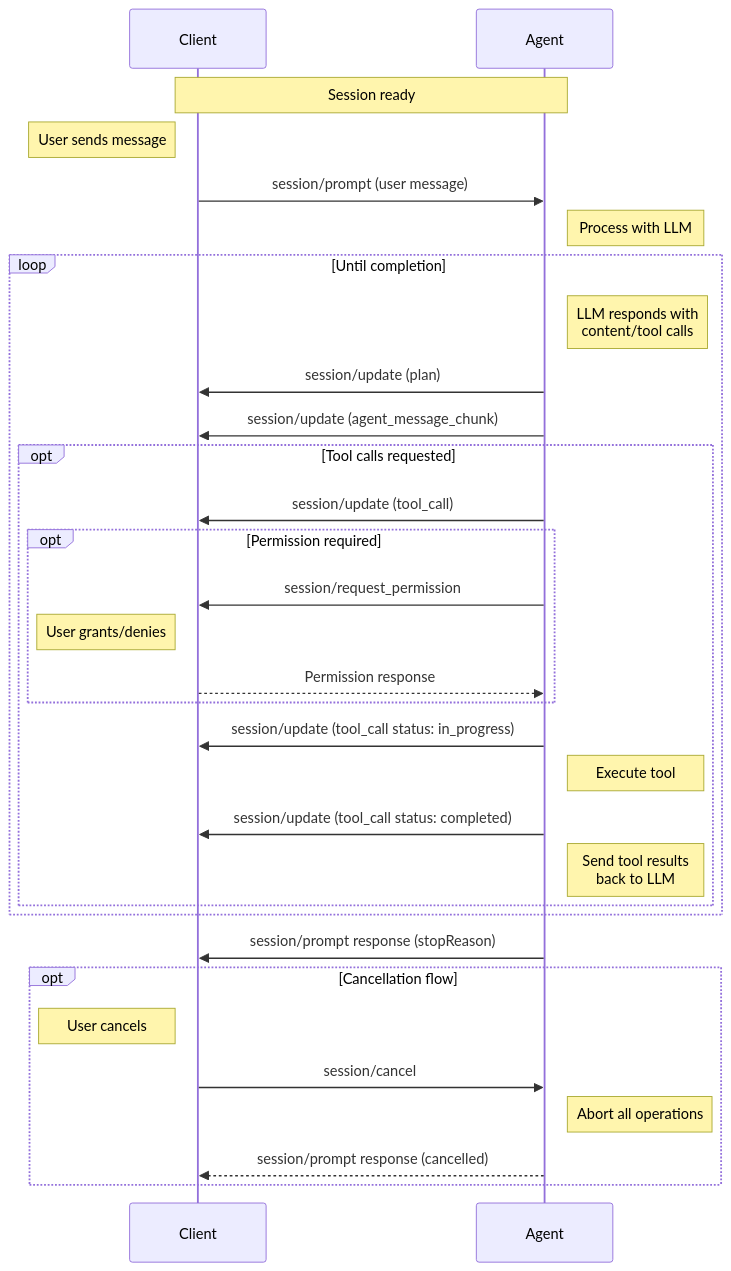
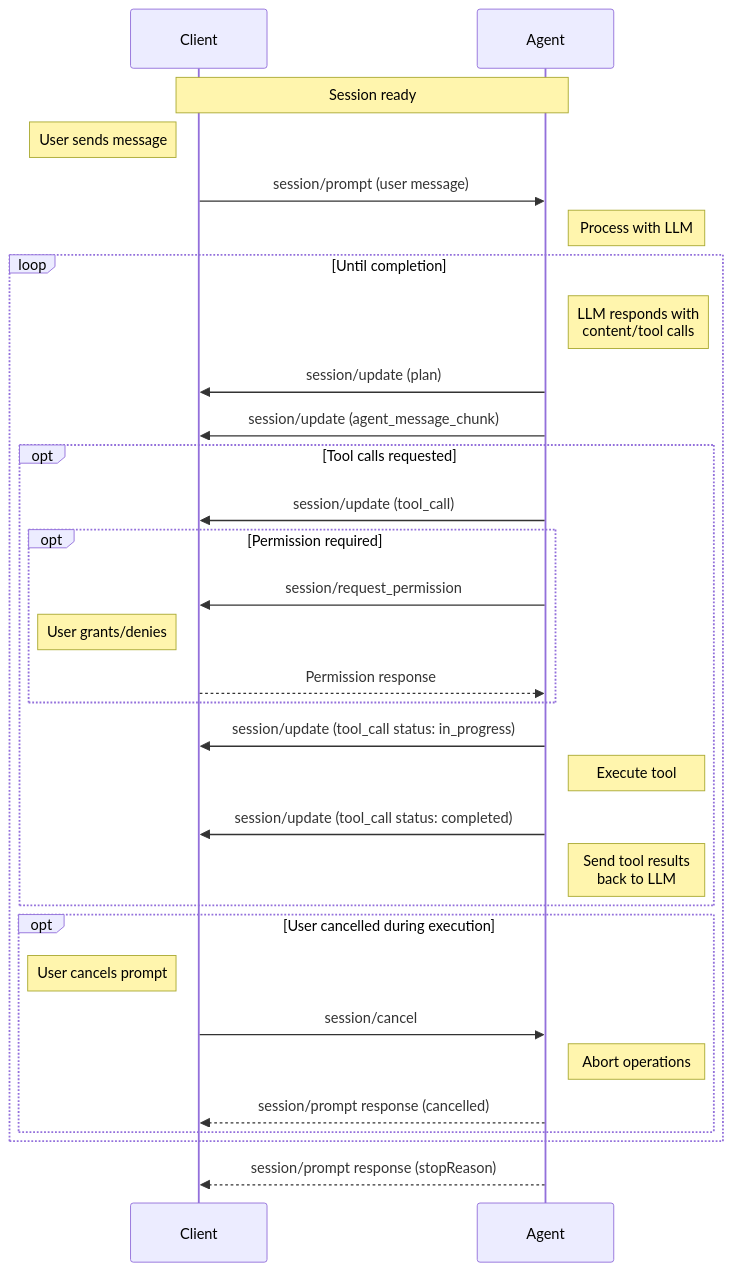
The diagram in docs/protocol/prompt-turn.mdx (zed-industries/agent-client-protocol), drawn with Mermaid before and after one commit.

Commit message:
Tweak prompt diagram

````diff
--- a/docs/protocol/prompt-turn.mdx
+++ b/docs/protocol/prompt-turn.mdx
@@ -16,39 +16,40 @@
 ```mermaid
 sequenceDiagram
     participant Client
     participant Agent
 
     Note over Agent,Client: Session ready
 
     Note left of Client: User sends message
     Client->>Agent: session/prompt (user message)
     Note right of Agent: Process with LLM
 
     loop Until completion
         Note right of Agent: LLM responds with<br/>content/tool calls
         Agent->>Client: session/update (plan)
         Agent->>Client: session/update (agent_message_chunk)
 
         opt Tool calls requested
             Agent->>Client: session/update (tool_call)
             opt Permission required
                 Agent->>Client: session/request_permission
                 Note left of Client: User grants/denies
                 Client-->>Agent: Permission response
             end
             Agent->>Client: session/update (tool_call status: in_progress)
             Note right of Agent: Execute tool
             Agent->>Client: session/update (tool_call status: completed)
             Note right of Agent: Send tool results<br/>back to LLM
         end
+
+      opt User cancelled during execution
+          Note left of Client: User cancels prompt
+          Client->>Agent: session/cancel
+          Note right of Agent: Abort operations
+          Agent-->>Client: session/prompt response (cancelled)
+      end
     end
 
-    Agent->>Client: session/prompt response (stopReason)
+    Agent-->>Client: session/prompt response (stopReason)
 
-    opt Cancellation flow
-        Note left of Client: User cancels
-        Client->>Agent: session/cancel
-        Note right of Agent: Abort all operations
-        Agent-->>Client: session/prompt response (cancelled)
-    end
 ```
````
